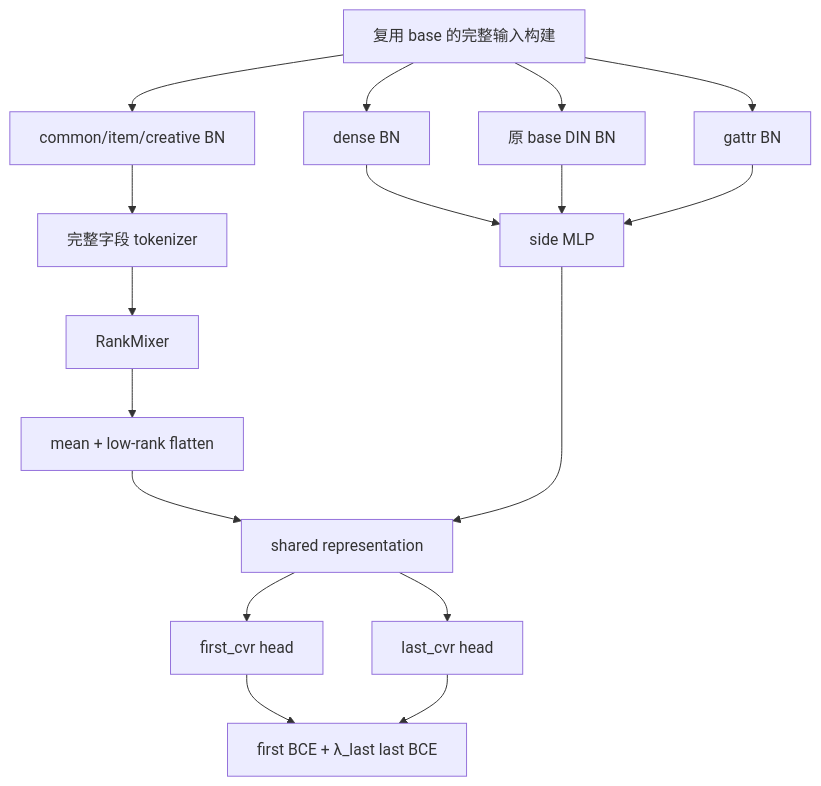
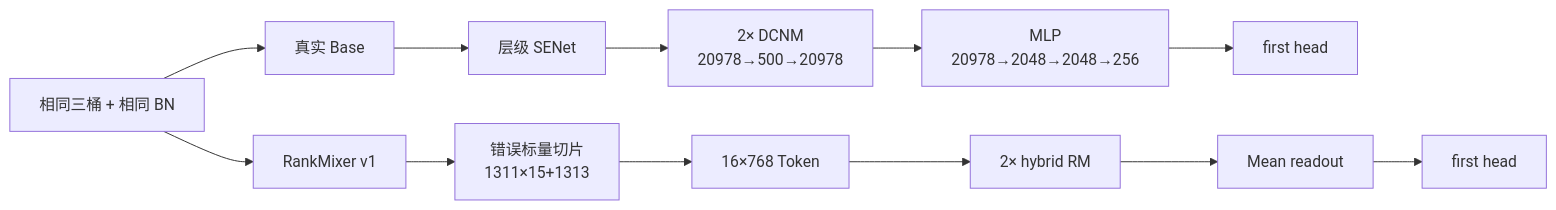
The first of 2 diagrams in rankmixer/CVR_RankMixer_v1_AUC差距诊断与改进路线.md (Bolt00Y/RAS), drawn with Mermaid before and after one commit. The commit also changed other lines of this file and 4 other files, not shown here.

Commit message:
Correct RankMixer base comparison

````diff
--- a/rankmixer/CVR_RankMixer_v1_AUC差距诊断与改进路线.md
+++ b/rankmixer/CVR_RankMixer_v1_AUC差距诊断与改进路线.md
@@ -726,19 +32,16 @@
-```mermaid
-flowchart TD
-    A["复用 base 的完整输入构建"] --> U["common/item/creative BN"]
-    A --> D["dense BN"]
-    A --> S["原 base DIN BN"]
-    A --> G["gattr BN"]
-    U --> TOK["完整字段 tokenizer"]
-    TOK --> RM["RankMixer"]
-    RM --> R["mean + low-rank flatten"]
-    D --> SIDE["side MLP"]
-    S --> SIDE
-    G --> SIDE
-    R --> SH["shared representation"]
-    SIDE --> SH
-    SH --> F["first_cvr head"]
-    SH --> L["last_cvr head"]
-    F --> LOSS["first BCE + λ_last last BCE"]
-    L --> LOSS
-```
+~~~mermaid
+flowchart LR
+    X["相同三桶 + 相同 BN"] --> B["真实 Base"]
+    X --> R["RankMixer v1"]
+
+    B --> S["层级 SENet"]
+    S --> D["2× DCNM<br/>20978→500→20978"]
+    D --> M["MLP<br/>20978→2048→2048→256"]
+    M --> HB["first head"]
+
+    R --> T["错误标量切片<br/>1311×15+1313"]
+    T --> P["16×768 Token"]
+    P --> RM["2× hybrid RM"]
+    RM --> MEAN["Mean readout"]
+    MEAN --> HR["first head"]
+~~~
````
